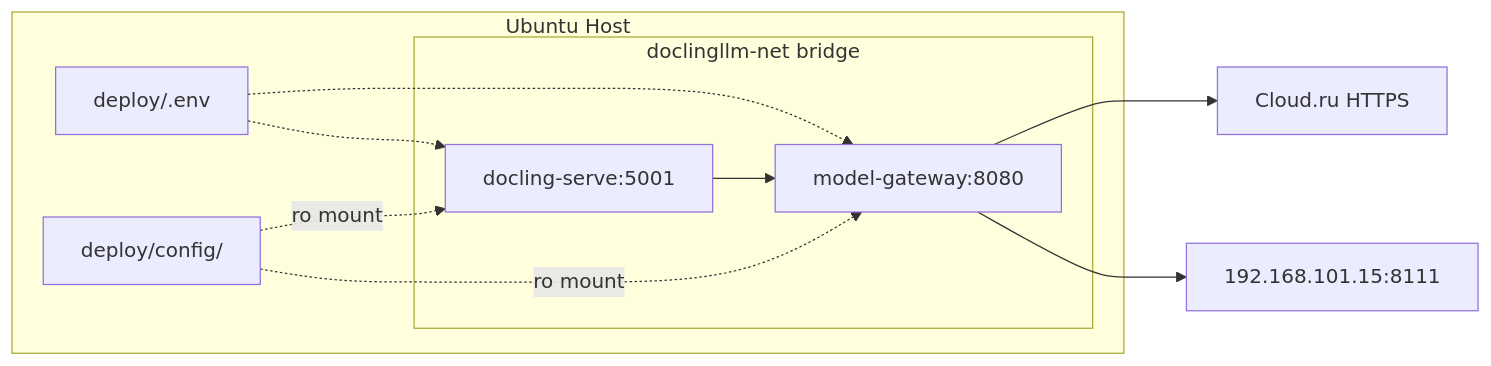
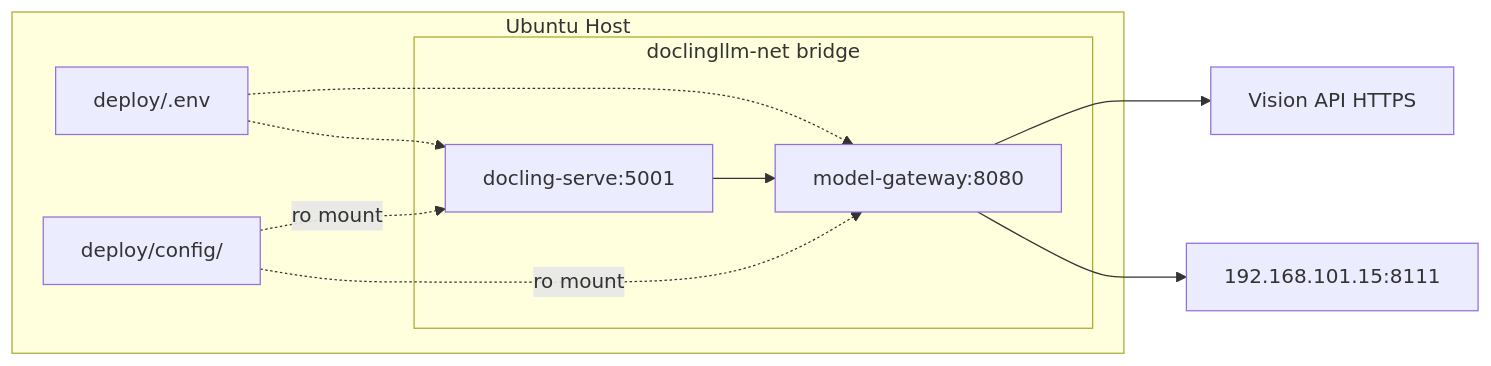
The fifth of 5 diagrams in plans/Architecture.md (idpro1313/doclingllm), drawn with Mermaid before and after one commit. The commit also changed other lines of this file and 15 other files, not shown here.

````diff
--- a/plans/Architecture.md
+++ b/plans/Architecture.md
@@ -341,21 +341,21 @@
 ```mermaid
 flowchart LR
     subgraph host["Ubuntu Host"]
         subgraph net["doclingllm-net bridge"]
             GW["model-gateway:8080"]
             DS["docling-serve:5001"]
         end
         ENV["deploy/.env"]
         CFG["deploy/config/"]
     end
-    Internet["Cloud.ru HTTPS"]
+    Internet["Vision API HTTPS"]
     LAN["192.168.101.15:8111"]
 
     DS --> GW
     GW --> Internet
     GW --> LAN
     ENV -.-> GW
     ENV -.-> DS
     CFG -.->|"ro mount"| DS
     CFG -.->|"ro mount"| GW
 ```
````
